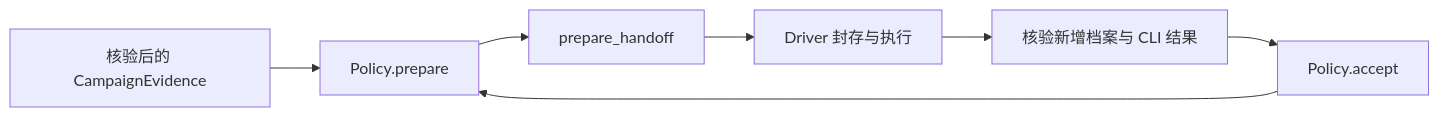
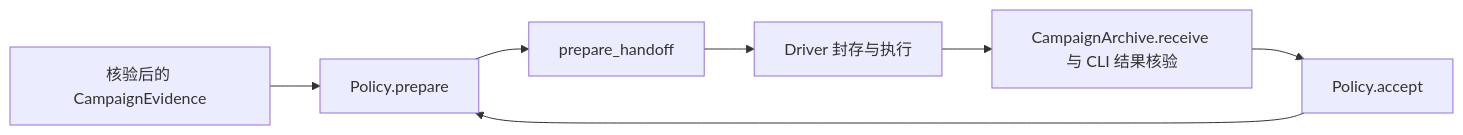
One commit to LikC1606/competition-agent-skill changed the diagram in docs/campaign-policy.md. Above: the diagram before and after it, drawn with Mermaid. The commit also changed other lines of this file and 24 other files, not shown here.

First line of the commit message:
refactor: centralize campaign archive and candidate evidence

````diff
--- a/docs/campaign-policy.md
+++ b/docs/campaign-policy.md
@@ -7,9 +8,9 @@
 ```mermaid
 flowchart LR
     E[核验后的 CampaignEvidence] --> P[Policy.prepare]
     P --> H[prepare_handoff]
     H --> D[Driver 封存与执行]
-    D --> R[核验新增档案与 CLI 结果]
+    D --> R[CampaignArchive.receive 与 CLI 结果核验]
     R --> A[Policy.accept]
     A --> P
 ```
````
